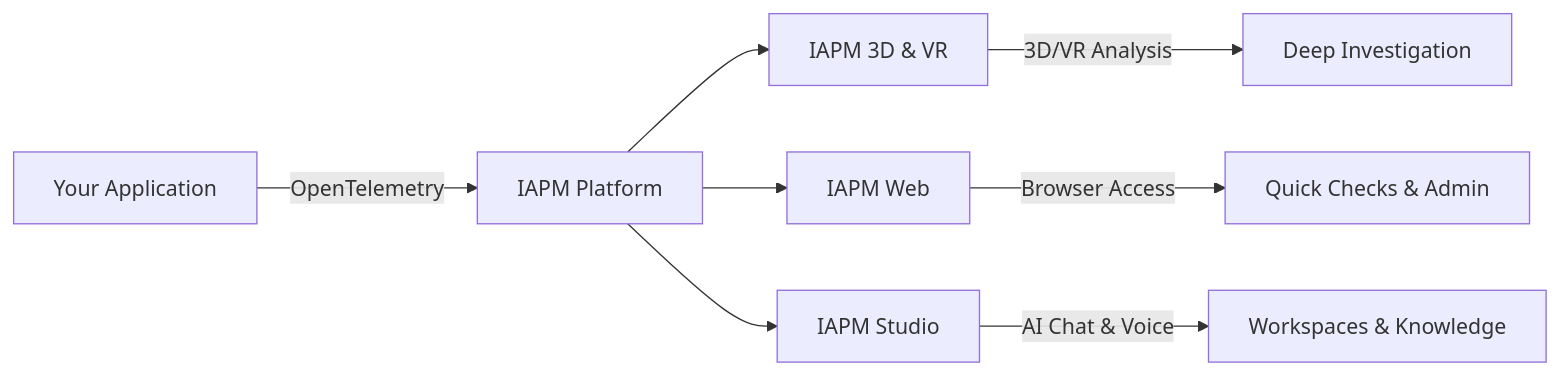
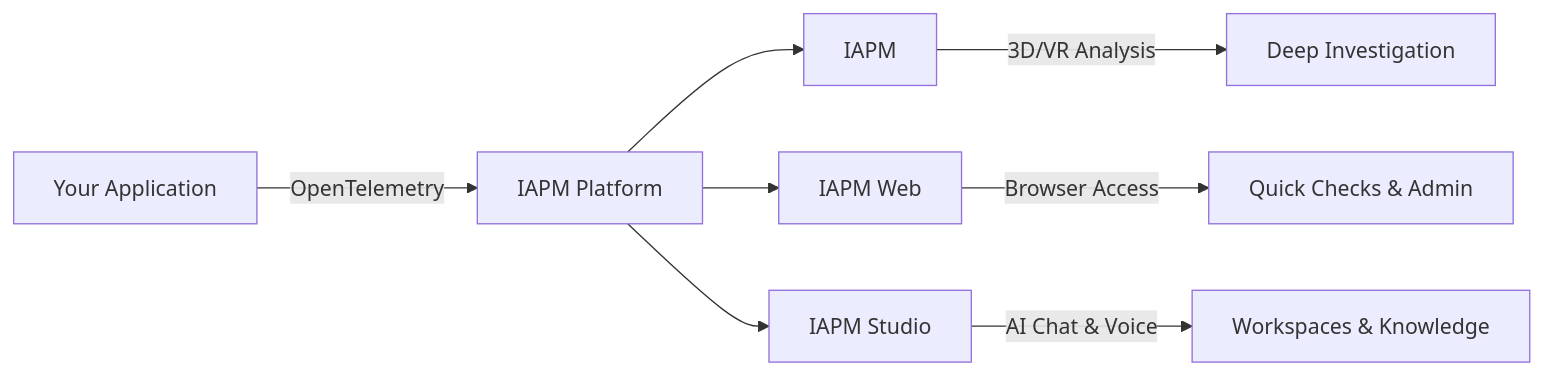
Before and after one commit to ImmersiveFusion/if-apm-documentation-http: the diagram in docs/DC/index.md, drawn with Mermaid. The commit also changed other lines of this file and 16 other files, not shown here.

````diff
--- a/docs/DC/index.md
+++ b/docs/DC/index.md
@@ -67,10 +67,10 @@
 ```mermaid
 graph LR
     A[Your Application] -->|OpenTelemetry| B[IAPM Platform]
-    B --> C[IAPM 3D & VR]
+    B --> C[IAPM]
     B --> D[IAPM Web]
     B --> G[IAPM Studio]
     C -->|3D/VR Analysis| E[Deep Investigation]
     D -->|Browser Access| F[Quick Checks & Admin]
     G -->|AI Chat & Voice| H[Workspaces & Knowledge]
 ```
````
